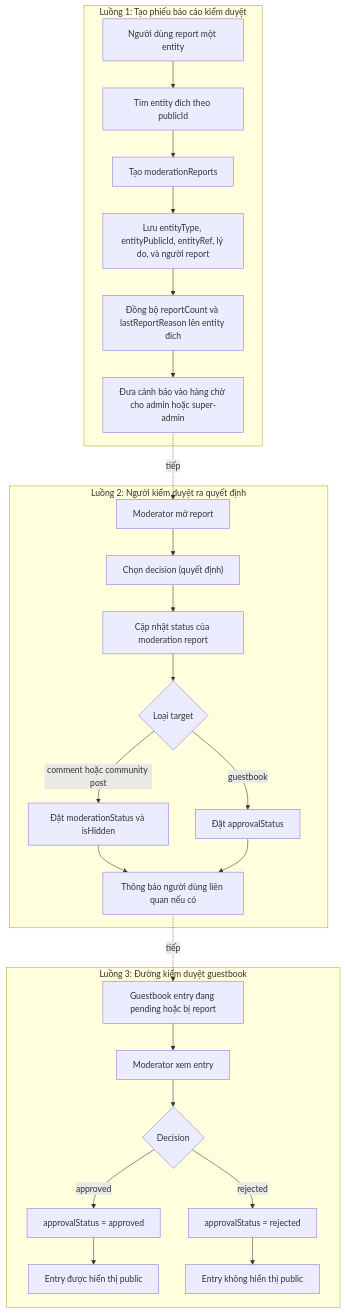
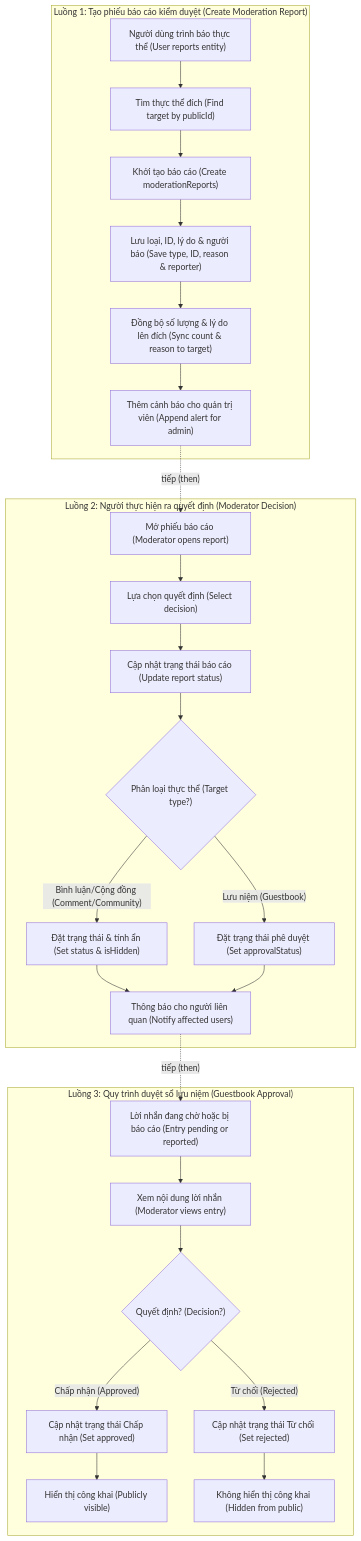
Before and after one commit to QuyenVjp/PMTL_VN: the diagram in design/04-moderation/flows.mmd, drawn with Mermaid. The commit also changed 115 other files, not shown here.

```diff
--- a/design/04-moderation/flows.mmd
+++ b/design/04-moderation/flows.mmd
@@ -1,30 +1,37 @@
 flowchart TD
-    subgraph Flow1 ["Luồng 1: Tạo phiếu báo cáo kiểm duyệt"]
-        M1A["Người dùng report một entity"] --> M1B["Tìm entity đích theo publicId"]
-        M1B --> M1C["Tạo moderationReports"]
-        M1C --> M1D["Lưu entityType, entityPublicId, entityRef, lý do, và người report"]
-        M1D --> M1E["Đồng bộ reportCount và lastReportReason lên entity đích"]
-        M1E --> M1F["Đưa cảnh báo vào hàng chờ cho admin hoặc super-admin"]
+    subgraph Flow1 ["Luồng 1: Tạo phiếu báo cáo kiểm duyệt (Create Moderation Report)"]
+        M1A["Người dùng trình báo thực thể (User reports entity)"] --> M1B["Tìm thực thể đích (Find target by publicId)"]
+        M1B --> M1C["Khởi tạo báo cáo (Create moderationReports)"]
+        M1D["Lưu loại, ID, lý do & người báo (Save type, ID, reason & reporter)"]
+        M1C --> M1D
+        M1E["Đồng bộ số lượng & lý do lên đích (Sync count & reason to target)"]
+        M1D --> M1E
+        M1F["Thêm cảnh báo cho quản trị viên (Append alert for admin)"]
+        M1E --> M1F
     end
 
-    subgraph Flow2 ["Luồng 2: Người kiểm duyệt ra quyết định"]
-        M2A["Moderator mở report"] --> M2B["Chọn decision (quyết định)"]
-        M2B --> M2C["Cập nhật status của moderation report"]
-        M2C --> M2D{"Loại target"}
-        M2D -->|"comment hoặc community post"| M2E["Đặt moderationStatus và isHidden"]
-        M2D -->|"guestbook"| M2F["Đặt approvalStatus"]
-        M2E --> M2G["Thông báo người dùng liên quan nếu có"]
+    M1F -.->|"tiếp (then)"| M2A
+
+    subgraph Flow2 ["Luồng 2: Người thực hiện ra quyết định (Moderator Decision)"]
+        M2A["Mở phiếu báo cáo (Moderator opens report)"] --> M2B["Lựa chọn quyết định (Select decision)"]
+        M2B --> M2C["Cập nhật trạng thái báo cáo (Update report status)"]
+        M2C --> M2D{"Phân loại thực thể (Target type?)"}
+        M2D -->|"Bình luận/Cộng đồng (Comment/Community)"| M2E["Đặt trạng thái & tính ẩn (Set status & isHidden)"]
+        M2D -->|"Lưu niệm (Guestbook)"| M2F["Đặt trạng thái phê duyệt (Set approvalStatus)"]
+        M2G["Thông báo cho người liên quan (Notify affected users)"]
+        M2E --> M2G
         M2F --> M2G
     end
 
-    subgraph Flow3 ["Luồng 3: Đường kiểm duyệt guestbook"]
-        M3A["Guestbook entry đang pending hoặc bị report"] --> M3B["Moderator xem entry"]
-        M3B --> M3C{"Decision"}
-        M3C -->|"approved"| M3D["approvalStatus = approved"]
-        M3C -->|"rejected"| M3E["approvalStatus = rejected"]
-        M3D --> M3F["Entry được hiển thị public"]
-        M3E --> M3G["Entry không hiển thị public"]
+    M2G -.->|"tiếp (then)"| M3A
+
+    subgraph Flow3 ["Luồng 3: Quy trình duyệt sổ lưu niệm (Guestbook Approval)"]
+        M3A["Lời nhắn đang chờ hoặc bị báo cáo (Entry pending or reported)"] --> M3B["Xem nội dung lời nhắn (Moderator views entry)"]
+        M3B --> M3C{"Quyết định? (Decision?)"}
+        M3C -->|"Chấp nhận (Approved)"| M3D["Cập nhật trạng thái Chấp nhận (Set approved)"]
+        M3C -->|"Từ chối (Rejected)"| M3E["Cập nhật trạng thái Từ chối (Set rejected)"]
+        M3F["Hiển thị công khai (Publicly visible)"]
+        M3D --> M3F
+        M3G["Không hiển thị công khai (Hidden from public)"]
+        M3E --> M3G
     end
-
-    M1F -.->|"tiếp"| M2A
-    M2G -.->|"tiếp"| M3A
```
